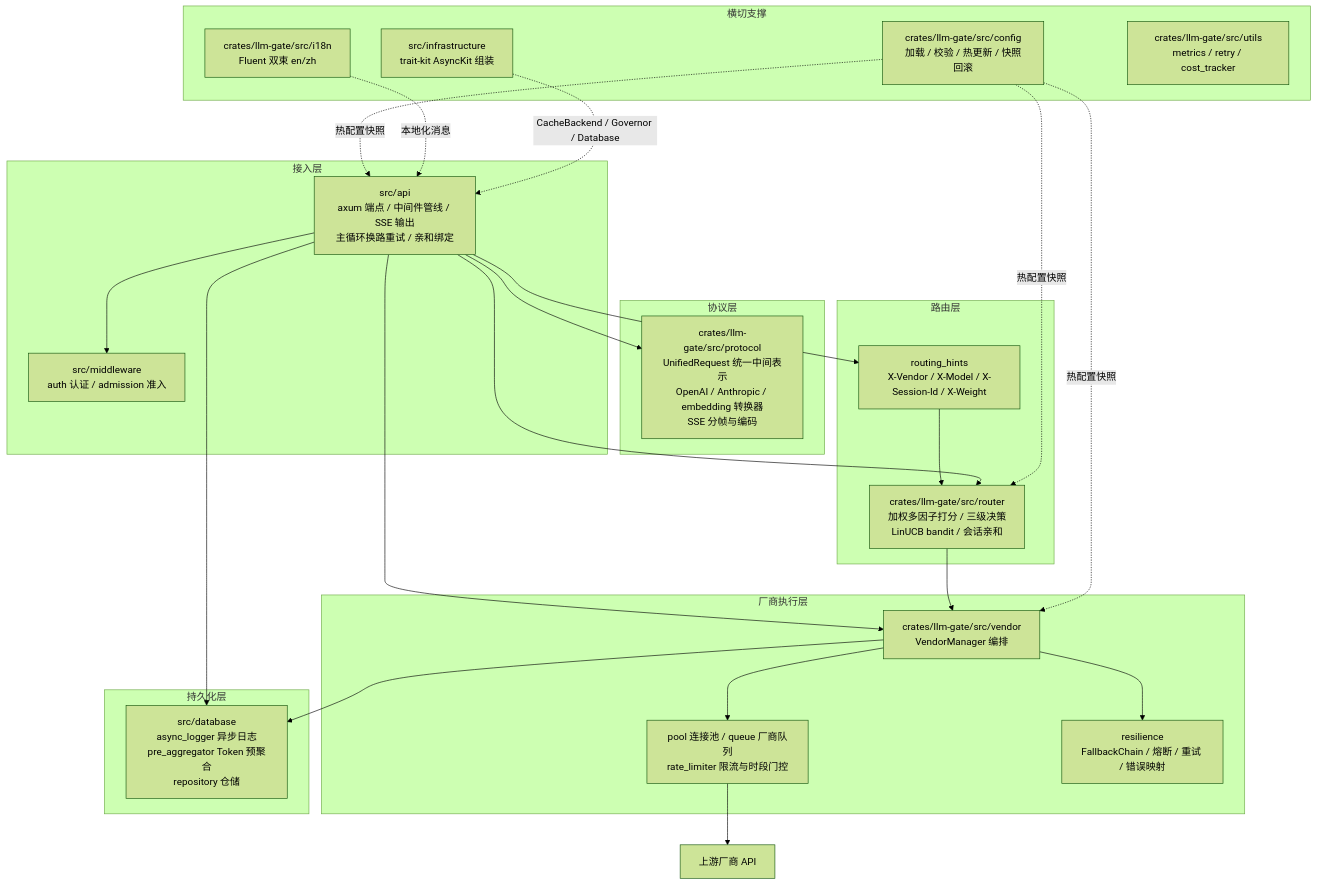
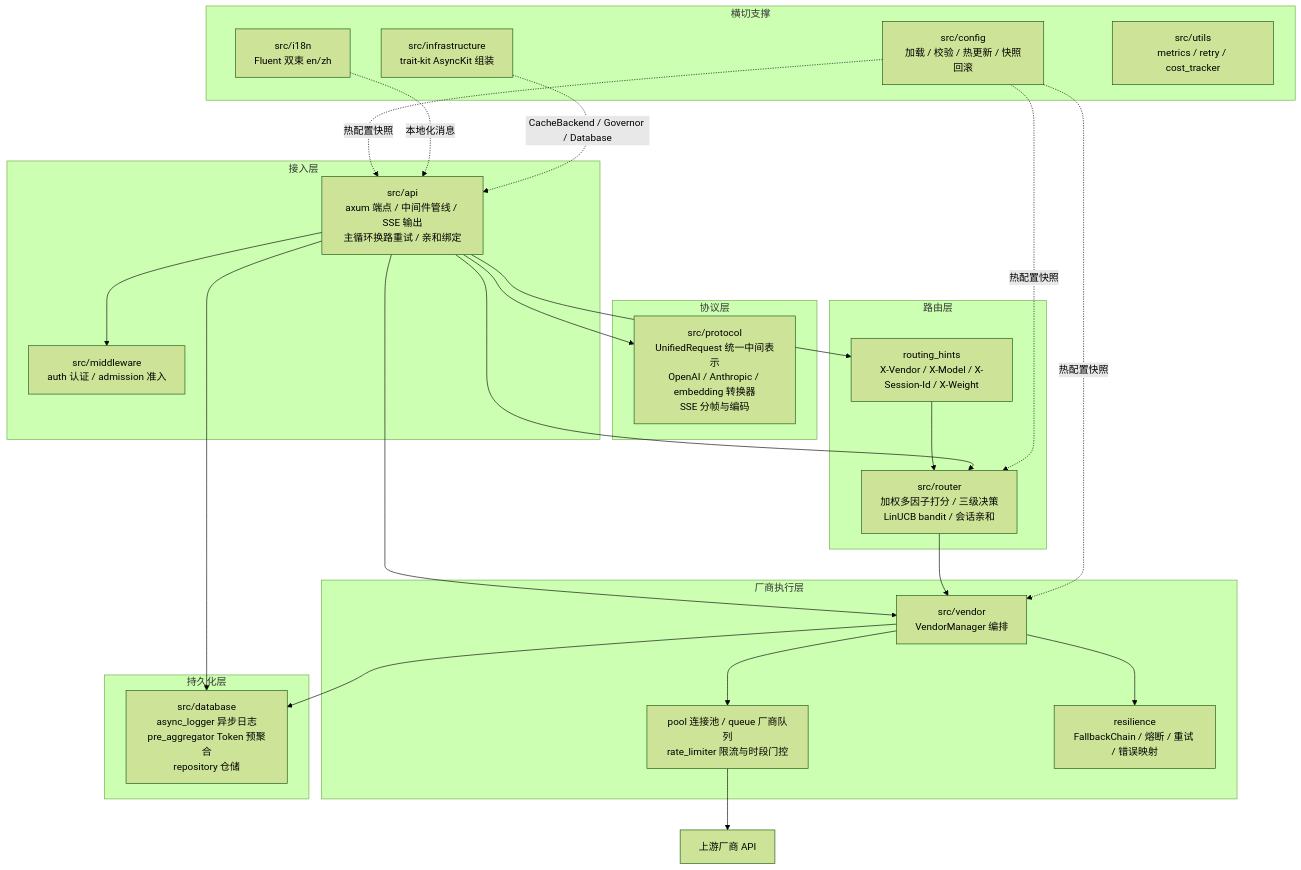
The first of 9 diagrams in docs/ARCHITECTURE.md (Kirky-X/fluxgate), drawn with Mermaid (forest theme) before and after one commit. The commit also changed other lines of this file and 114 other files, not shown here.

First line of the commit message:
refactor(workspace): llm-gate 路由核心库并回主 crate

````diff
--- a/docs/ARCHITECTURE.md
+++ b/docs/ARCHITECTURE.md
@@ -28,53 +28,53 @@
 ```mermaid
 flowchart TB
     subgraph Access ["接入层"]
         API["src/api<br/>axum 端点 / 中间件管线 / SSE 输出<br/>主循环换路重试 / 亲和绑定"]
         MW["src/middleware<br/>auth 认证 / admission 准入"]
     end
 
     subgraph Protocol ["协议层"]
-        PROTO["crates/llm-gate/src/protocol<br/>UnifiedRequest 统一中间表示<br/>OpenAI / Anthropic / embedding 转换器<br/>SSE 分帧与编码"]
+        PROTO["src/protocol<br/>UnifiedRequest 统一中间表示<br/>OpenAI / Anthropic / embedding 转换器<br/>SSE 分帧与编码"]
     end
 
     subgraph Routing ["路由层"]
-        ROUTER["crates/llm-gate/src/router<br/>加权多因子打分 / 三级决策<br/>LinUCB bandit / 会话亲和"]
+        ROUTER["src/router<br/>加权多因子打分 / 三级决策<br/>LinUCB bandit / 会话亲和"]
         HINTS["routing_hints<br/>X-Vendor / X-Model / X-Session-Id / X-Weight"]
     end
 
     subgraph Vendor ["厂商执行层"]
-        VM["crates/llm-gate/src/vendor<br/>VendorManager 编排"]
+        VM["src/vendor<br/>VendorManager 编排"]
         POOL["pool 连接池 / queue 厂商队列<br/>rate_limiter 限流与时段门控"]
         RES["resilience<br/>FallbackChain / 熔断 / 重试 / 错误映射"]
     end
 
     subgraph Persist ["持久化层"]
         DB["src/database<br/>async_logger 异步日志<br/>pre_aggregator Token 预聚合<br/>repository 仓储"]
     end
 
     subgraph Support ["横切支撑"]
-        CFG["crates/llm-gate/src/config<br/>加载 / 校验 / 热更新 / 快照回滚"]
-        I18N["crates/llm-gate/src/i18n<br/>Fluent 双束 en/zh"]
+        CFG["src/config<br/>加载 / 校验 / 热更新 / 快照回滚"]
+        I18N["src/i18n<br/>Fluent 双束 en/zh"]
         DI["src/infrastructure<br/>trait-kit AsyncKit 组装"]
-        UTILS["crates/llm-gate/src/utils<br/>metrics / retry / cost_tracker"]
+        UTILS["src/utils<br/>metrics / retry / cost_tracker"]
     end
 
     UP["上游厂商 API"]
 
     API --> MW
     API --> PROTO
     API --> HINTS
     HINTS --> ROUTER
     API --> ROUTER
     API --> VM
     ROUTER --> VM
     VM --> POOL
     VM --> RES
     POOL --> UP
     API --> DB
     VM --> DB
     CFG -.热配置快照.-> API
     CFG -.热配置快照.-> ROUTER
     CFG -.热配置快照.-> VM
     I18N -.本地化消息.-> API
     DI -.CacheBackend / Governor / Database.-> API
 ```
````
